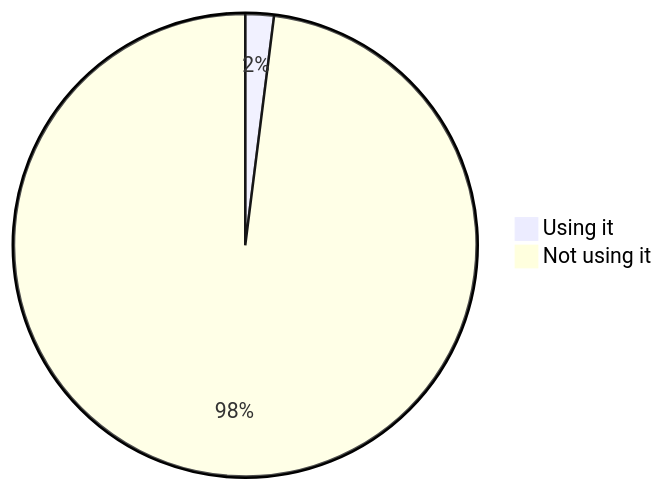
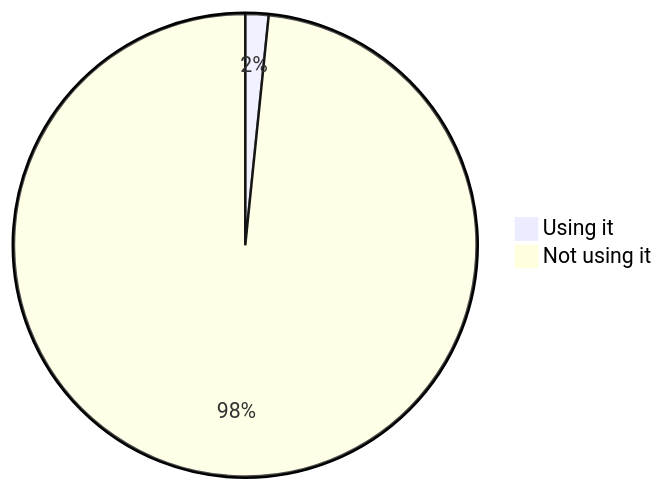
One commit to oshp/oshp-stats changed the seventh of 22 diagrams in stats.md. Above: the diagram before and after it, drawn with Mermaid. The commit also changed other lines of this file, not shown here.

````diff
--- a/stats.md
+++ b/stats.md
@@ -82,6 +82,6 @@
 ```mermaid
 pie
-	"Using it" : 1.99
-	"Not using it" : 98.01
+	"Using it" : 1.62
+	"Not using it" : 98.38
 
 ```
````
